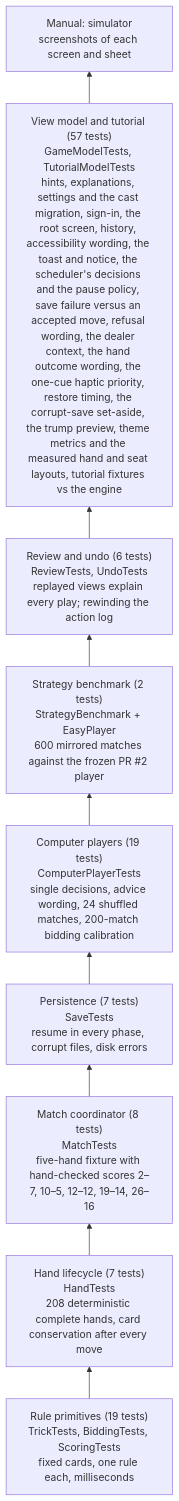
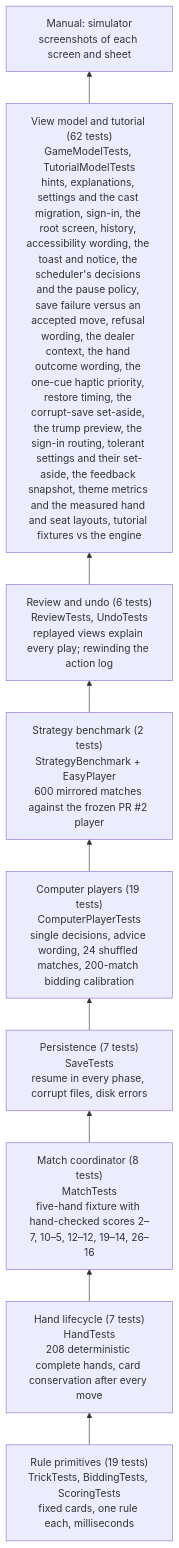
One commit to cmurphy1140/catch-5 changed the first of 2 diagrams in docs/testing.md. Above: the diagram before and after it, drawn with Mermaid. The commit also changed other lines of this file and 14 other files, not shown here.

First line of the commit message:
Roadmap stack: apply the code review (#32)

````diff
--- a/docs/testing.md
+++ b/docs/testing.md
@@ -40,13 +40,13 @@
 ```mermaid
 flowchart BT
     L1["Rule primitives (19 tests)<br/>TrickTests, BiddingTests, ScoringTests<br/>fixed cards, one rule each, milliseconds"]
     L2["Hand lifecycle (7 tests)<br/>HandTests<br/>208 deterministic complete hands, card conservation after every move"]
     L3["Match coordinator (8 tests)<br/>MatchTests<br/>five-hand fixture with hand-checked scores 2–7, 10–5, 12–12, 19–14, 26–16"]
     L4["Persistence (7 tests)<br/>SaveTests<br/>resume in every phase, corrupt files, disk errors"]
     L5["Computer players (19 tests)<br/>ComputerPlayerTests<br/>single decisions, advice wording, 24 shuffled matches, 200-match bidding calibration"]
     L5b["Strategy benchmark (2 tests)<br/>StrategyBenchmark + EasyPlayer<br/>600 mirrored matches against the frozen PR #2 player"]
     L5c["Review and undo (6 tests)<br/>ReviewTests, UndoTests<br/>replayed views explain every play; rewinding the action log"]
-    L6["View model and tutorial (57 tests)<br/>GameModelTests, TutorialModelTests<br/>hints, explanations, settings and the cast migration, sign-in, the root screen, history, accessibility wording, the toast and notice, the scheduler's decisions and the pause policy, save failure versus an accepted move, refusal wording, the dealer context, the hand outcome wording, the one-cue haptic priority, restore timing, the corrupt-save set-aside, the trump preview, theme metrics and the measured hand and seat layouts, tutorial fixtures vs the engine"]
+    L6["View model and tutorial (62 tests)<br/>GameModelTests, TutorialModelTests<br/>hints, explanations, settings and the cast migration, sign-in, the root screen, history, accessibility wording, the toast and notice, the scheduler's decisions and the pause policy, save failure versus an accepted move, refusal wording, the dealer context, the hand outcome wording, the one-cue haptic priority, restore timing, the corrupt-save set-aside, the trump preview, the sign-in routing, tolerant settings and their set-aside, the feedback snapshot, theme metrics and the measured hand and seat layouts, tutorial fixtures vs the engine"]
     L7["Manual: simulator<br/>screenshots of each screen and sheet"]
     L1 --> L2 --> L3 --> L4 --> L5 --> L5b --> L5c --> L6 --> L7
 ```
````
